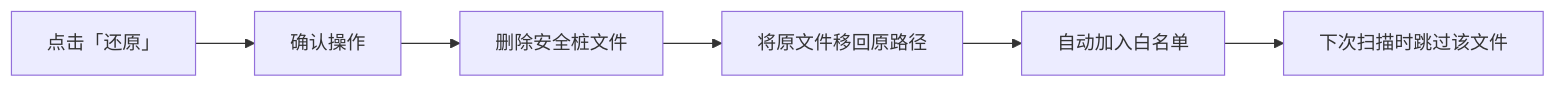
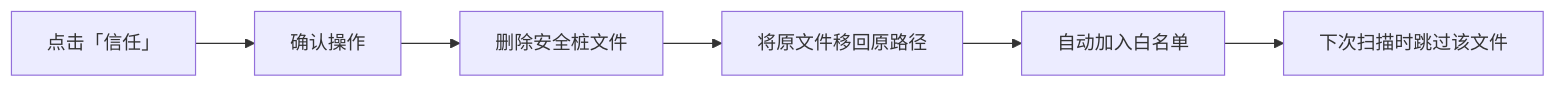
Before and after one commit to PolyUxAISecurity/AgentSec-UserDoc: the diagram in CN/05-security-log.md, drawn with Mermaid. The commit also changed other lines of this file and 175 other files, not shown here.

````diff
--- a/CN/05-security-log.md
+++ b/CN/05-security-log.md
@@ -168,8 +179,8 @@
 ```mermaid
 graph LR
-    A[点击「还原」] --> B[确认操作]
+    A[点击「信任」] --> B[确认操作]
     B --> C[删除安全桩文件]
     C --> D[将原文件移回原路径]
     D --> E[自动加入白名单]
     E --> F[下次扫描时跳过该文件]
 ```
````
